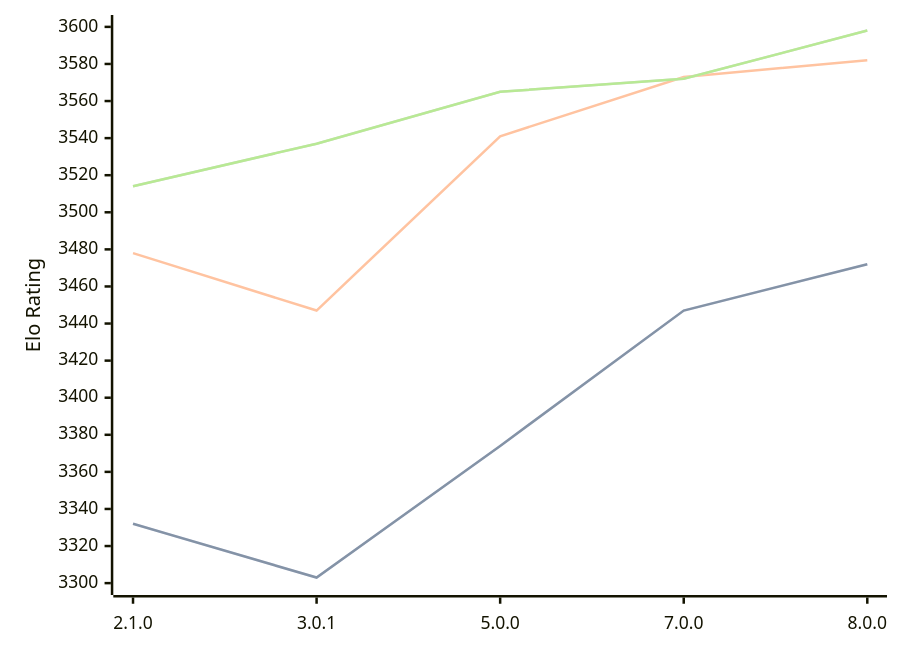
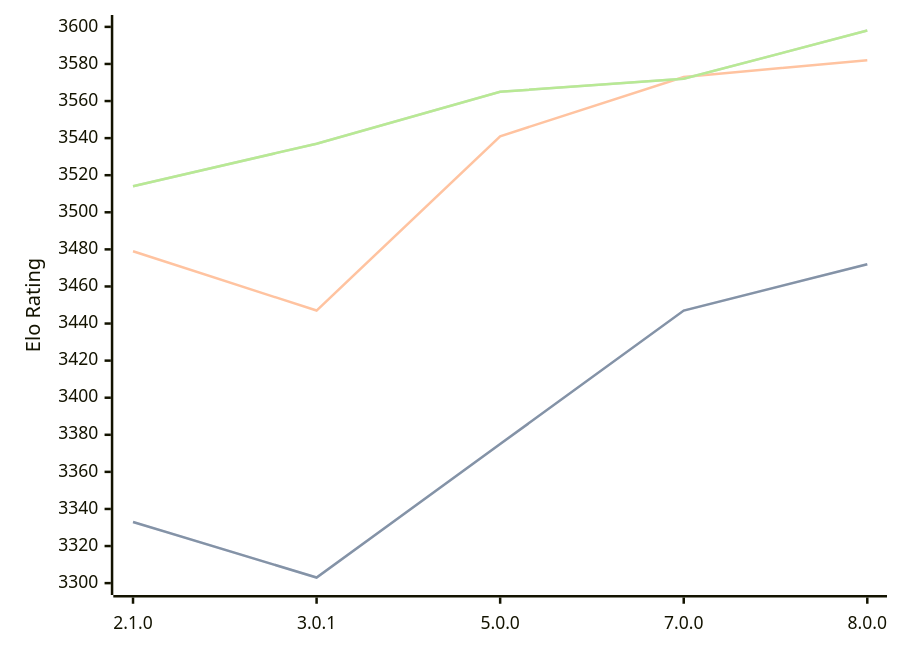
The diagram in engines/PlentyChess.md (computer-chess-index/cci), drawn with Mermaid before and after one commit. The commit also changed other lines of this file, not shown here.

````diff
--- a/engines/PlentyChess.md
+++ b/engines/PlentyChess.md
@@ -37,11 +37,11 @@
 ```mermaid
 %%{init: {"theme":"base","themeVariables":{"seriesColors:['#a3a3a3','#222221','#faa371']}}}%%
 xychart-beta
   x-axis ["2.1.0", "3.0.1", "5.0.0", "7.0.0", "8.0.0"]
   y-axis "Elo Rating" 3300 --> 3600
-  line "" [3332, 3303, 3374, 3447, 3472]
-  line "STC (8.0+0.08s)" [3332, 3303, 3374, 3447, 3472]
-  line "LTC (60.0+0.60s)" [3478, 3447, 3541, 3573, 3582]
+  line "" [3333, 3303, 3375, 3447, 3472]
+  line "STC (8.0+0.08s)" [3333, 3303, 3375, 3447, 3472]
+  line "LTC (60.0+0.60s)" [3479, 3447, 3541, 3573, 3582]
   line "" [3514, 3537, 3565, 3572, 3598]
   line "VLTC (2m24s+1.12s)" [3514, 3537, 3565, 3572, 3598]
 ```
````
